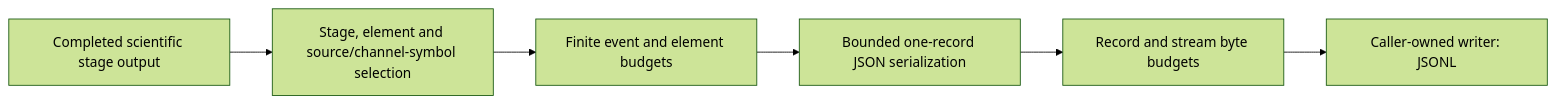
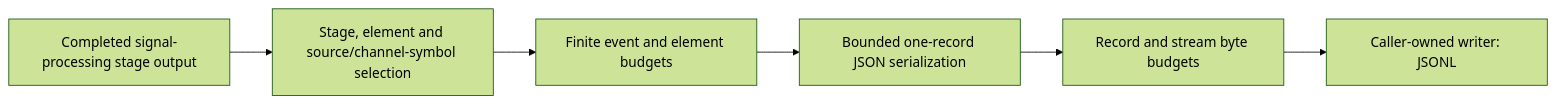
One commit to mgarcia01752/merlin changed the diagram in docs/user/simulation/probe-export.md. Above: the diagram before and after it, drawn with Mermaid (forest theme). The commit also changed 130 other files, not shown here.

````diff
--- a/docs/user/simulation/probe-export.md
+++ b/docs/user/simulation/probe-export.md
@@ -7,8 +7,8 @@
 ```mermaid
 flowchart LR
-    RESULT["Completed scientific stage output"] --> SELECT["Stage, element and source/channel-symbol selection"]
+    RESULT["Completed signal-processing stage output"] --> SELECT["Stage, element and source/channel-symbol selection"]
     SELECT --> BUDGET["Finite event and element budgets"]
     BUDGET --> ENCODE["Bounded one-record JSON serialization"]
     ENCODE --> BYTES["Record and stream byte budgets"]
     BYTES --> WRITER["Caller-owned writer: JSONL"]
 ```
````
